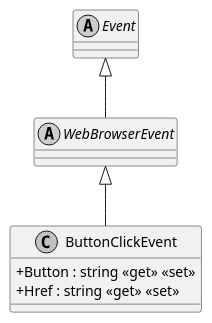
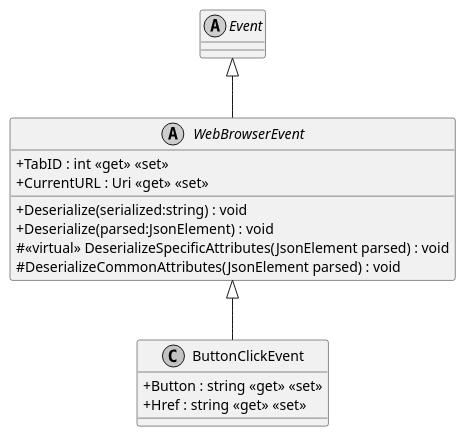
Before and after one commit to insightmind/MORR: the diagram in documents/sd/plantuml/application/Modules/WebBrowser/Events/ButtonClickEvent.puml, drawn with PlantUML. The commit also changed 16 other files, not shown here.

```diff
--- a/documents/sd/plantuml/application/Modules/WebBrowser/Events/ButtonClickEvent.puml
+++ b/documents/sd/plantuml/application/Modules/WebBrowser/Events/ButtonClickEvent.puml
@@ -1,15 +1,21 @@
 @startuml
 skinparam monochrome true
 skinparam classAttributeIconSize 0
 
 class ButtonClickEvent {
     + Button : string <<get>> <<set>>
     + Href : string <<get>> <<set>>
 }
 abstract class WebBrowserEvent {
+    + TabID : int <<get>> <<set>>
+    + Deserialize(serialized:string) : void
+    + Deserialize(parsed:JsonElement) : void
+    # <<virtual>> DeserializeSpecificAttributes(JsonElement parsed) : void
+    # DeserializeCommonAttributes(JsonElement parsed) : void
+    + CurrentURL : Uri <<get>> <<set>>
 }
 
 abstract class Event
 WebBrowserEvent <|-- ButtonClickEvent
 Event <|-- WebBrowserEvent
 @enduml
```
